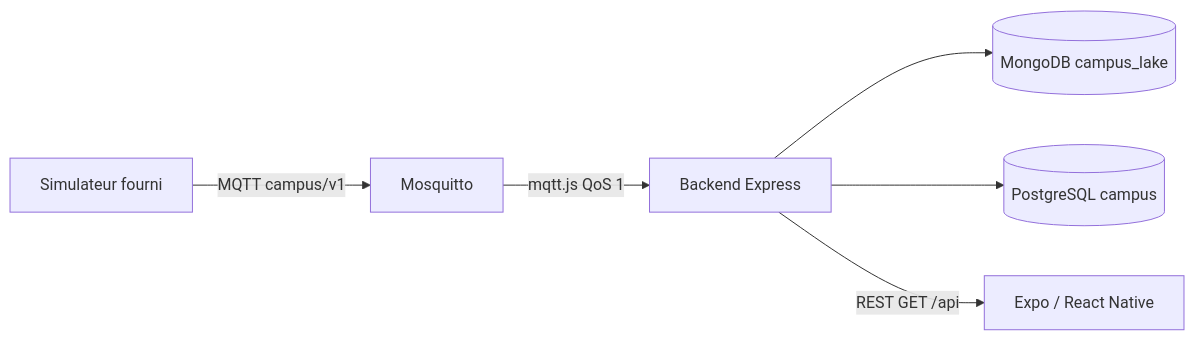
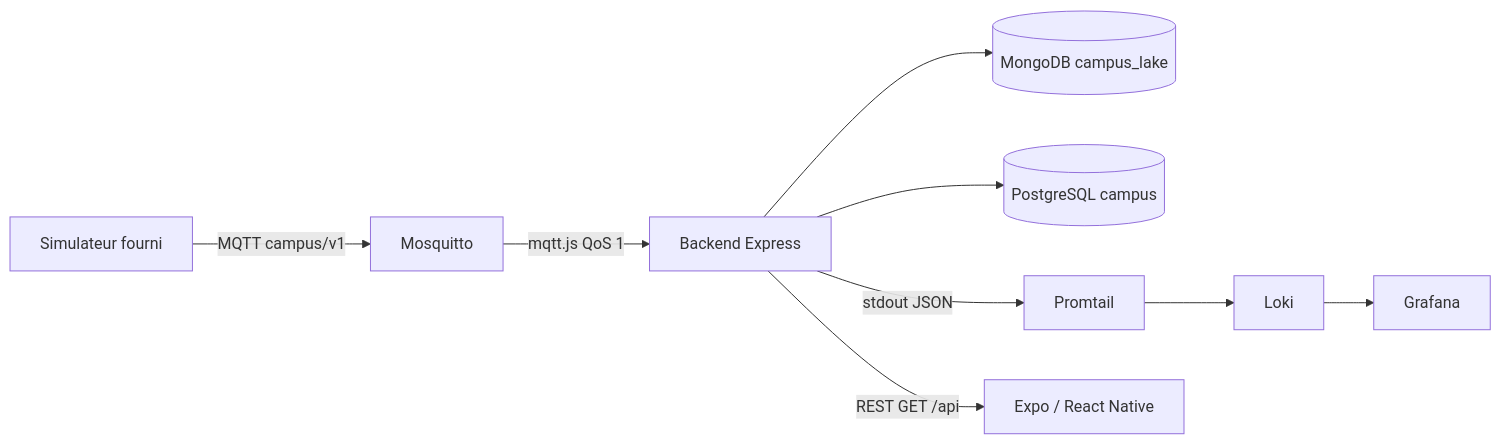
Before and after one commit to EliotGIRAUD/campus-connecte: the diagram in docs/architecture.md, drawn with Mermaid. The commit also changed other lines of this file and 23 other files, not shown here.

First line of the commit message:
J3: fiabiliser le flux MQTT et centraliser les logs (Grafana/Loki).

````diff
--- a/docs/architecture.md
+++ b/docs/architecture.md
@@ -5,8 +5,11 @@
 ```mermaid
 flowchart LR
     S["Simulateur fourni"] -->|"MQTT campus/v1"| M["Mosquitto"]
     M -->|"mqtt.js QoS 1"| B["Backend Express"]
     B --> LAKE[("MongoDB campus_lake")]
     B --> PG[("PostgreSQL campus")]
+    B -->|"stdout JSON"| P["Promtail"]
+    P --> L["Loki"]
+    L --> G["Grafana"]
     B -->|"REST GET /api"| A["Expo / React Native"]
 ```
````
